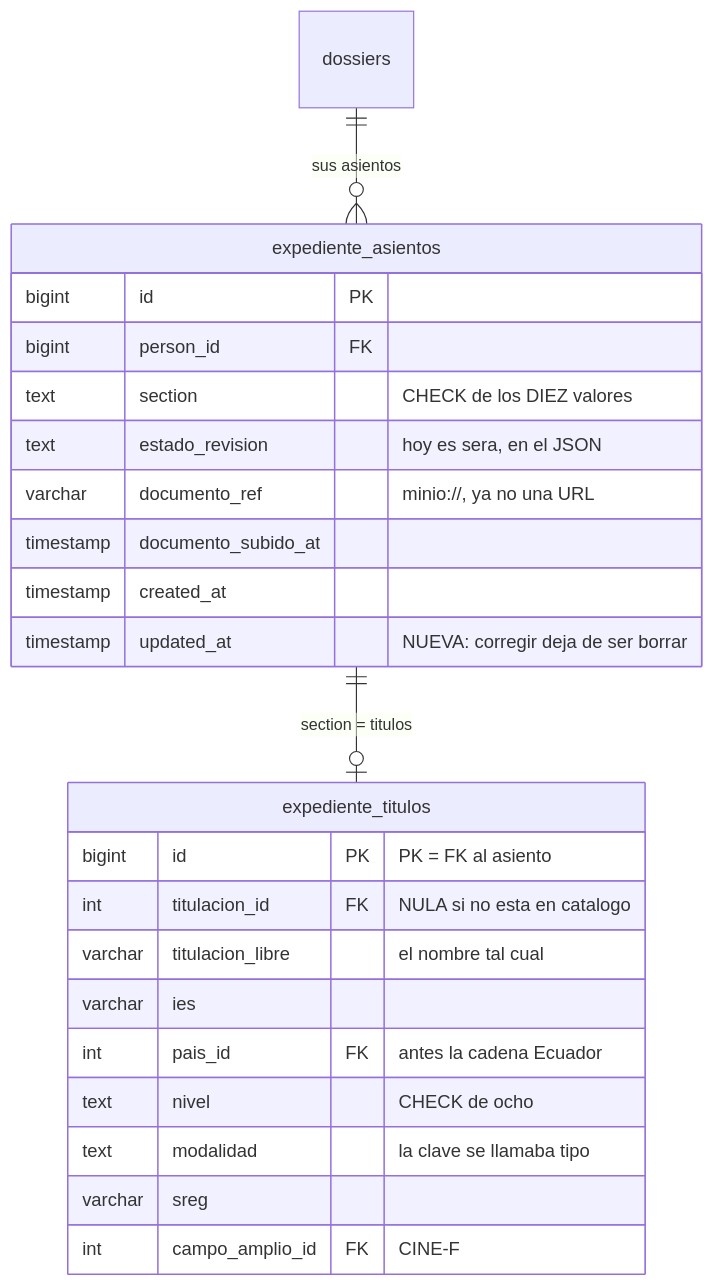
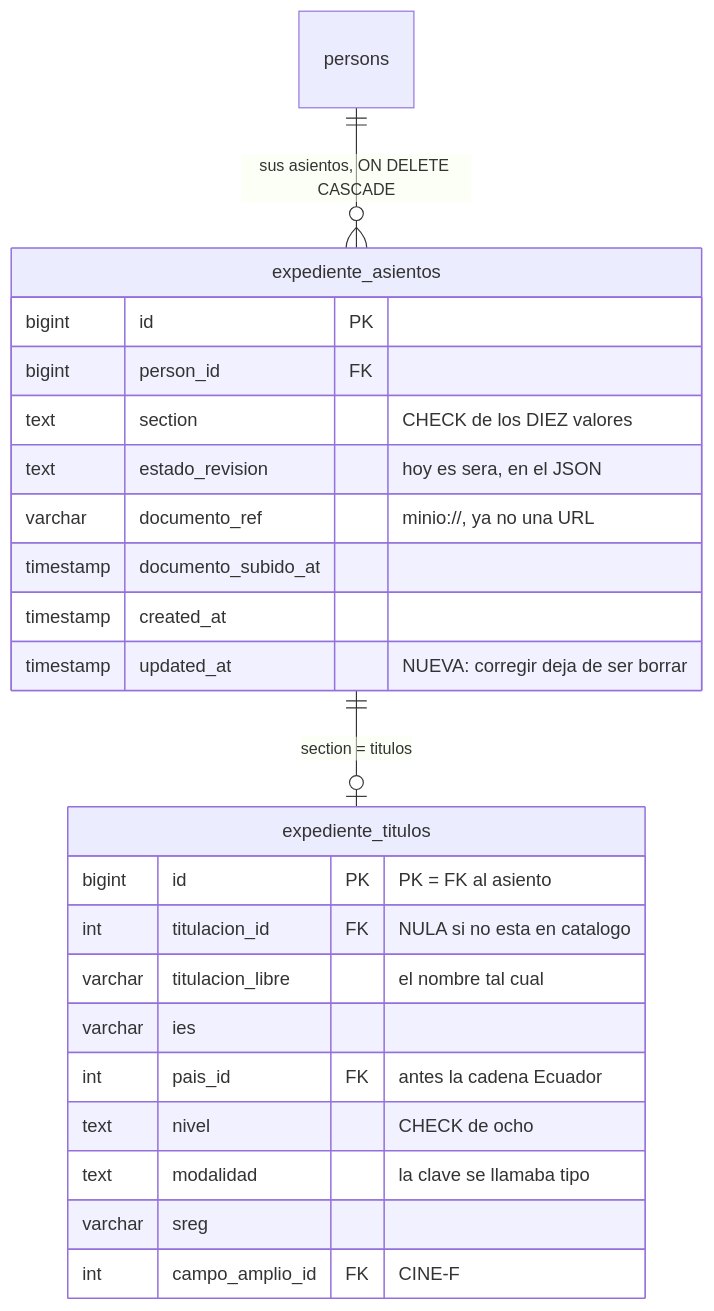
The second of 5 diagrams in docs/src/content/docs/complemento/expediente.md (fresvel/deasy), drawn with Mermaid before and after one commit.

First paragraph of the commit message:
fix(frente-18): el diagrama del diseno seguia colgando de `dossiers`
Lo vio el dueno en pantalla, y era un fallo de verdad.

````diff
--- a/docs/src/content/docs/complemento/expediente.md
+++ b/docs/src/content/docs/complemento/expediente.md
@@ -145,28 +145,28 @@
 ```mermaid
 erDiagram
-  dossiers ||--o{ expediente_asientos : "sus asientos"
+  persons ||--o{ expediente_asientos : "sus asientos, ON DELETE CASCADE"
   expediente_asientos ||--o| expediente_titulos : "section = titulos"
 
   expediente_asientos {
     bigint id PK
     bigint person_id FK
     text section "CHECK de los DIEZ valores"
     text estado_revision "hoy es sera, en el JSON"
     varchar documento_ref "minio://, ya no una URL"
     timestamp documento_subido_at
     timestamp created_at
     timestamp updated_at "NUEVA: corregir deja de ser borrar"
   }
 
   expediente_titulos {
     bigint id PK "PK = FK al asiento"
     int titulacion_id FK "NULA si no esta en catalogo"
     varchar titulacion_libre "el nombre tal cual"
     varchar ies
     int pais_id FK "antes la cadena Ecuador"
     text nivel "CHECK de ocho"
     text modalidad "la clave se llamaba tipo"
     varchar sreg
     int campo_amplio_id FK "CINE-F"
   }
 ```
````
